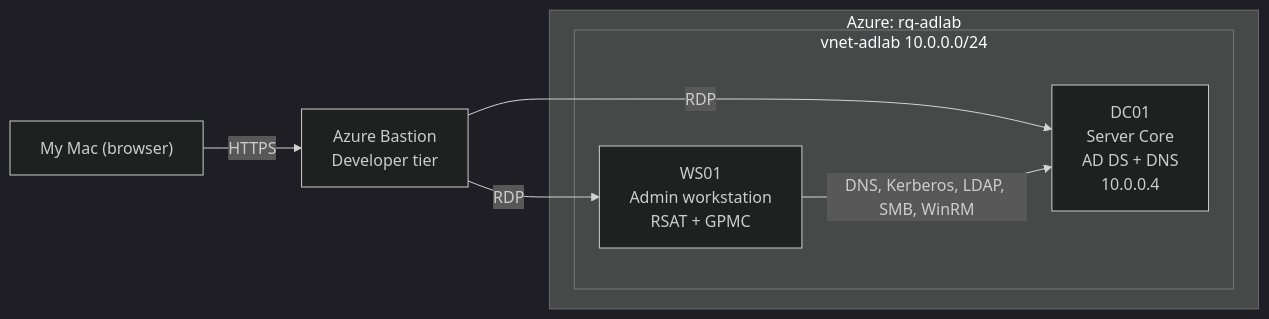
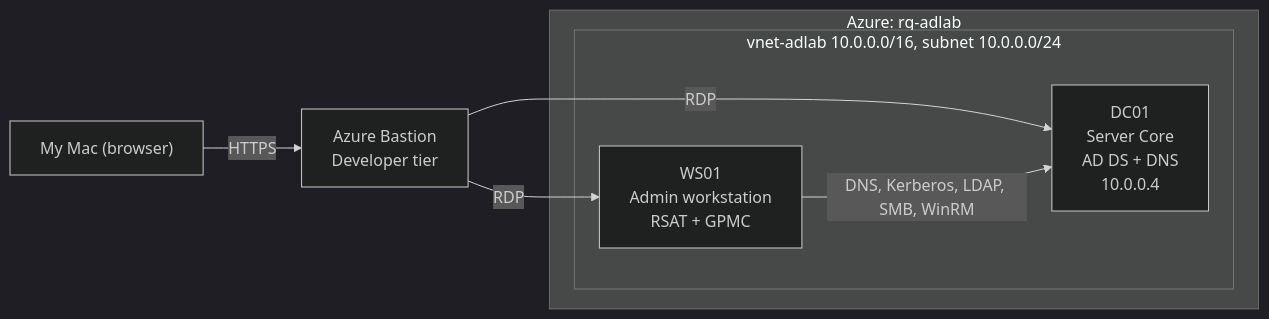
One commit to michaeladeboye/azure-ad-lab changed the diagram in README.md. Above: the diagram before and after it, drawn with Mermaid (dark theme). The commit also changed other lines of this file and 18 other files, not shown here.

````diff
--- a/README.md
+++ b/README.md
@@ -8,15 +8,15 @@
 ```mermaid
 flowchart LR
     mac["My Mac (browser)"] -->|HTTPS| bastion["Azure Bastion<br/>Developer tier"]
 
     subgraph azure["Azure: rg-adlab"]
-        subgraph vnet["vnet-adlab 10.0.0.0/24"]
+        subgraph vnet["vnet-adlab 10.0.0.0/16, subnet 10.0.0.0/24"]
             dc["DC01<br/>Server Core<br/>AD DS + DNS<br/>10.0.0.4"]
             ws["WS01<br/>Admin workstation<br/>RSAT + GPMC"]
         end
     end
 
     bastion -->|RDP| dc
     bastion -->|RDP| ws
     ws -->|DNS, Kerberos, LDAP, SMB, WinRM| dc
 ```
````
